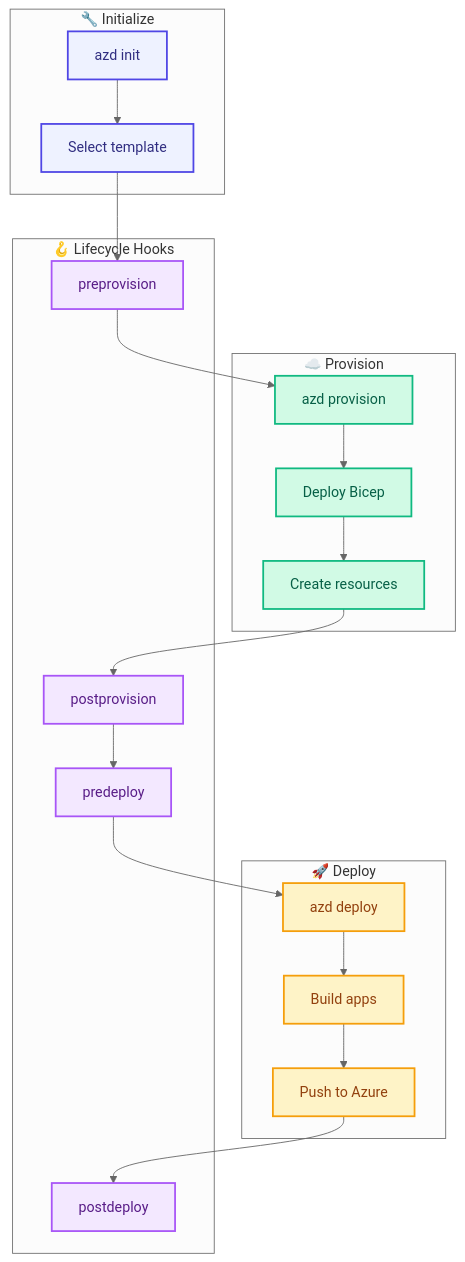
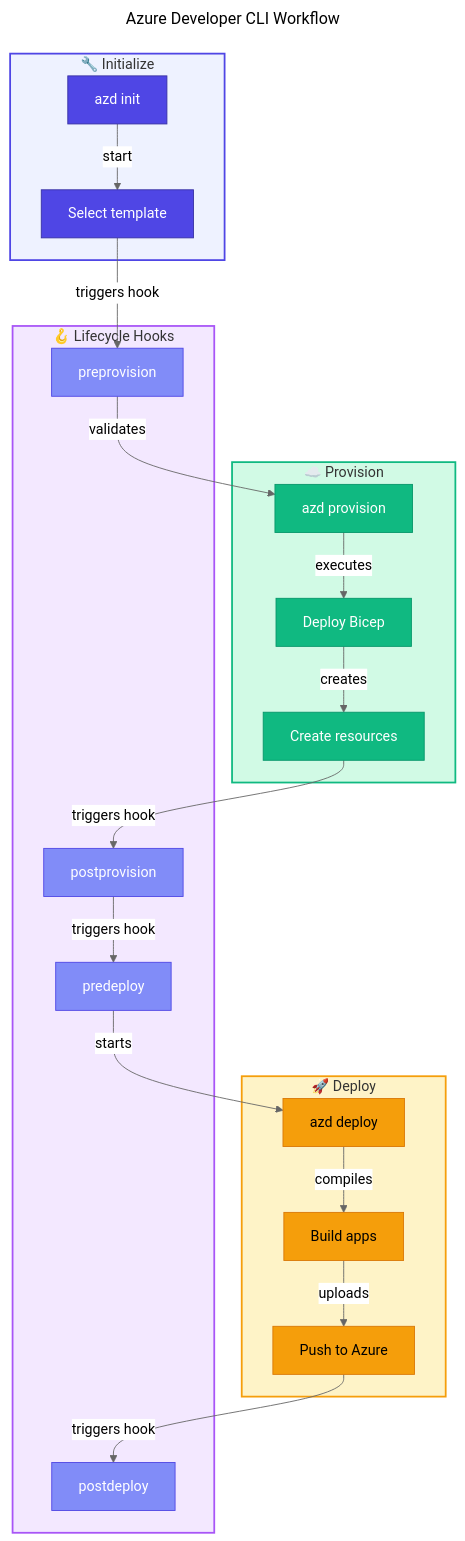
Before and after one commit to Evilazaro/Azure-LogicApps-Monitoring: the third of 6 diagrams in docs/architecture/07-deployment-architecture.md, drawn with Mermaid (neutral theme). The commit also changed other lines of this file, not shown here.

Commit message:
docs: Enhance mermaid diagrams in deployment architecture with titles and improved styling for better clarity and organization

````diff
--- a/docs/architecture/07-deployment-architecture.md
+++ b/docs/architecture/07-deployment-architecture.md
@@ -155,51 +183,66 @@
 ```mermaid
+---
+title: Azure Developer CLI Workflow
+---
 flowchart TB
-    %% Azure Developer CLI (azd) Workflow - Lifecycle hooks and stages
+    %% ===== CLASS DEFINITIONS =====
+    classDef primary fill:#4F46E5,stroke:#3730A3,color:#FFFFFF
+    classDef secondary fill:#10B981,stroke:#059669,color:#FFFFFF
+    classDef datastore fill:#F59E0B,stroke:#D97706,color:#000000
+    classDef external fill:#6B7280,stroke:#4B5563,color:#FFFFFF,stroke-dasharray: 5 5
+    classDef failed fill:#F44336,stroke:#C62828,color:#FFFFFF
+    classDef trigger fill:#818CF8,stroke:#4F46E5,color:#FFFFFF
+    classDef decision fill:#FFFBEB,stroke:#F59E0B,color:#000000
+    classDef input fill:#F3F4F6,stroke:#6B7280,color:#000000
+
+    %% ===== INITIALIZE STAGE =====
     subgraph Init["🔧 Initialize"]
         Init1["azd init"]
         Init2["Select template"]
     end
+    style Init fill:#EEF2FF,stroke:#4F46E5,stroke-width:2px
 
+    %% ===== PROVISION STAGE =====
     subgraph Provision["☁️ Provision"]
         Prov1["azd provision"]
         Prov2["Deploy Bicep"]
         Prov3["Create resources"]
     end
+    style Provision fill:#D1FAE5,stroke:#10B981,stroke-width:2px
 
+    %% ===== DEPLOY STAGE =====
     subgraph Deploy["🚀 Deploy"]
         Deploy1["azd deploy"]
         Deploy2["Build apps"]
         Deploy3["Push to Azure"]
     end
+    style Deploy fill:#FEF3C7,stroke:#F59E0B,stroke-width:2px
 
+    %% ===== LIFECYCLE HOOKS =====
     subgraph Hooks["🪝 Lifecycle Hooks"]
         PreProv["preprovision"]
         PostProv["postprovision"]
         PreDeploy["predeploy"]
         PostDeploy["postdeploy"]
     end
+    style Hooks fill:#F3E8FF,stroke:#A855F7,stroke-width:2px
 
-    %% Workflow flow
-    Init1 --> Init2
-    Init2 --> PreProv
-    PreProv --> Prov1
-    Prov1 --> Prov2
-    Prov2 --> Prov3
-    Prov3 --> PostProv
-    PostProv --> PreDeploy
-    PreDeploy --> Deploy1
-    Deploy1 --> Deploy2
-    Deploy2 --> Deploy3
-    Deploy3 --> PostDeploy
+    %% ===== WORKFLOW CONNECTIONS =====
+    Init1 -->|"start"| Init2
+    Init2 -->|"triggers hook"| PreProv
+    PreProv -->|"validates"| Prov1
+    Prov1 -->|"executes"| Prov2
+    Prov2 -->|"creates"| Prov3
+    Prov3 -->|"triggers hook"| PostProv
+    PostProv -->|"triggers hook"| PreDeploy
+    PreDeploy -->|"starts"| Deploy1
+    Deploy1 -->|"compiles"| Deploy2
+    Deploy2 -->|"uploads"| Deploy3
+    Deploy3 -->|"triggers hook"| PostDeploy
 
-    %% Modern color palette - WCAG AA compliant
-    classDef init fill:#EEF2FF,stroke:#4F46E5,stroke-width:2px,color:#312E81
-    classDef prov fill:#D1FAE5,stroke:#10B981,stroke-width:2px,color:#065F46
-    classDef deploy fill:#FEF3C7,stroke:#F59E0B,stroke-width:2px,color:#92400E
-    classDef hook fill:#F3E8FF,stroke:#A855F7,stroke-width:2px,color:#581C87
-
-    class Init1,Init2 init
-    class Prov1,Prov2,Prov3 prov
-    class Deploy1,Deploy2,Deploy3 deploy
-    class PreProv,PostProv,PreDeploy,PostDeploy hook
+    %% ===== APPLY STYLES =====
+    class Init1,Init2 primary
+    class Prov1,Prov2,Prov3 secondary
+    class Deploy1,Deploy2,Deploy3 datastore
+    class PreProv,PostProv,PreDeploy,PostDeploy trigger
 ```
````
